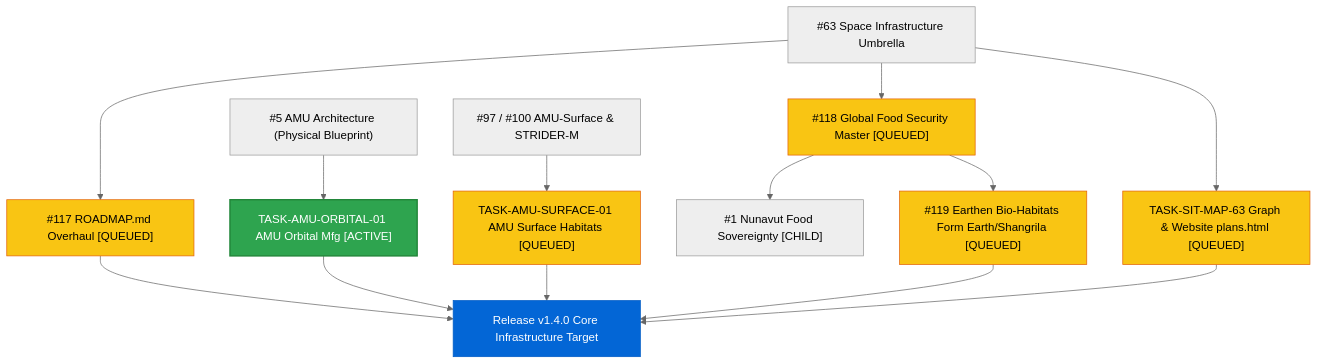
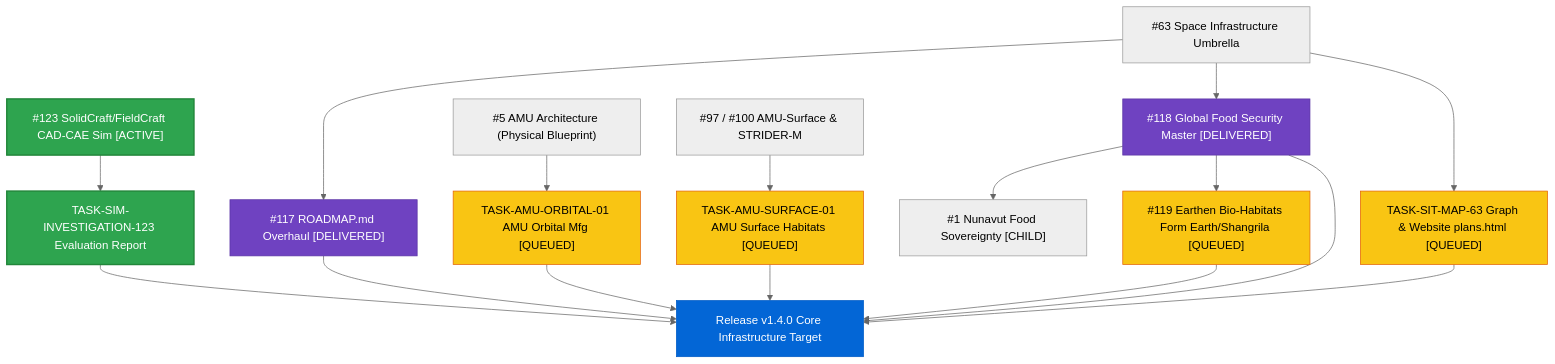
One commit to stellardreams/asi.surge.sh changed the diagram in forward_tasks.md. Above: the diagram before and after it, drawn with Mermaid (neutral theme). The commit also changed other lines of this file, not shown here.

Commit message:
docs(forward_tasks): set TASK-SIM-INVESTIGATION-123 as active focal target and record #117/#118 delivered #123

````diff
--- a/forward_tasks.md
+++ b/forward_tasks.md
@@ -99,29 +101,36 @@
 ```mermaid
 graph TD
-    I63["#63 Space Infrastructure Umbrella"] --> I117["#117 ROADMAP.md Overhaul [QUEUED]"]
-    I63 --> I118["#118 Global Food Security Master [QUEUED]"]
+    I123["#123 SolidCraft/FieldCraft CAD-CAE Sim [ACTIVE]"] --> T123["TASK-SIM-INVESTIGATION-123 Evaluation Report"]
+    
+    I63["#63 Space Infrastructure Umbrella"] --> I117["#117 ROADMAP.md Overhaul [DELIVERED]"]
+    I63 --> I118["#118 Global Food Security Master [DELIVERED]"]
     I118 --> I01["#1 Nunavut Food Sovereignty [CHILD]"]
     I118 --> I119["#119 Earthen Bio-Habitats Form Earth/Shangrila [QUEUED]"]
 
-    I05["#5 AMU Architecture (Physical Blueprint)"] --> O01["TASK-AMU-ORBITAL-01 AMU Orbital Mfg [ACTIVE]"]
+    I05["#5 AMU Architecture (Physical Blueprint)"] --> O01["TASK-AMU-ORBITAL-01 AMU Orbital Mfg [QUEUED]"]
     I97["#97 / #100 AMU-Surface & STRIDER-M"] --> S01["TASK-AMU-SURFACE-01 AMU Surface Habitats [QUEUED]"]
     I63 --> M63["TASK-SIT-MAP-63 Graph & Website plans.html [QUEUED]"]
     
-    O01 --> V140["Release v1.4.0 Core Infrastructure Target"]
+    T123 --> V140["Release v1.4.0 Core Infrastructure Target"]
+    O01 --> V140
     S01 --> V140
     I117 --> V140
+    I118 --> V140
     I119 --> V140
     M63 --> V140
 
     classDef active fill:#2ea44f,stroke:#22863a,stroke-width:2px,color:#fff;
     classDef queued fill:#f9c513,stroke:#e36209,stroke-width:1px,color:#000;
     classDef target fill:#0366d6,stroke:#005cc5,stroke-width:1px,color:#fff;
+    classDef done fill:#6f42c1,stroke:#5a32a3,stroke-width:1px,color:#fff;
 
-    class O01 active;
+    class I123 active;
+    class T123 active;
     class S01 queued;
-    class I117 queued;
-    class I118 queued;
+    class O01 queued;
+    class I117 done;
+    class I118 done;
     class I119 queued;
     class M63 queued;
     class V140 target;
 ```
````
